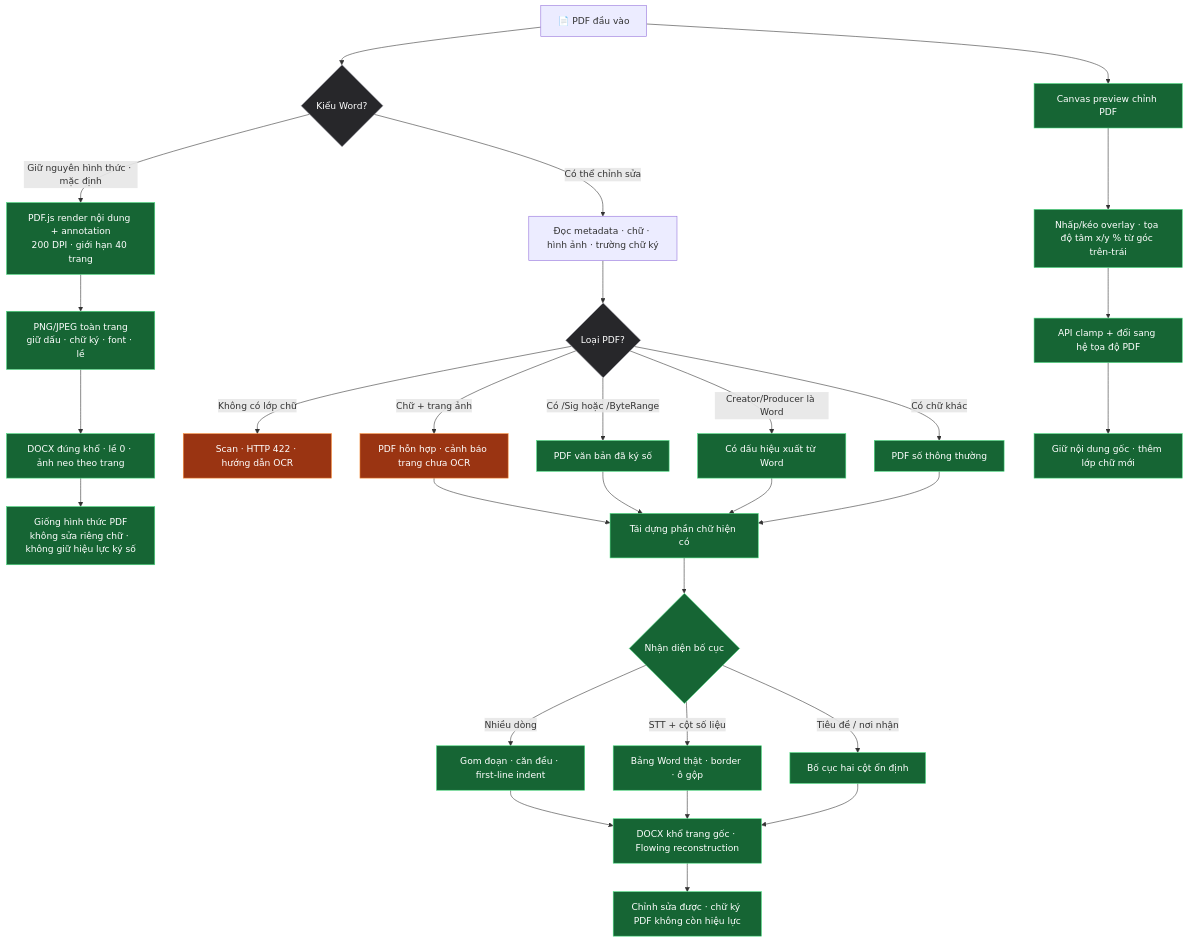
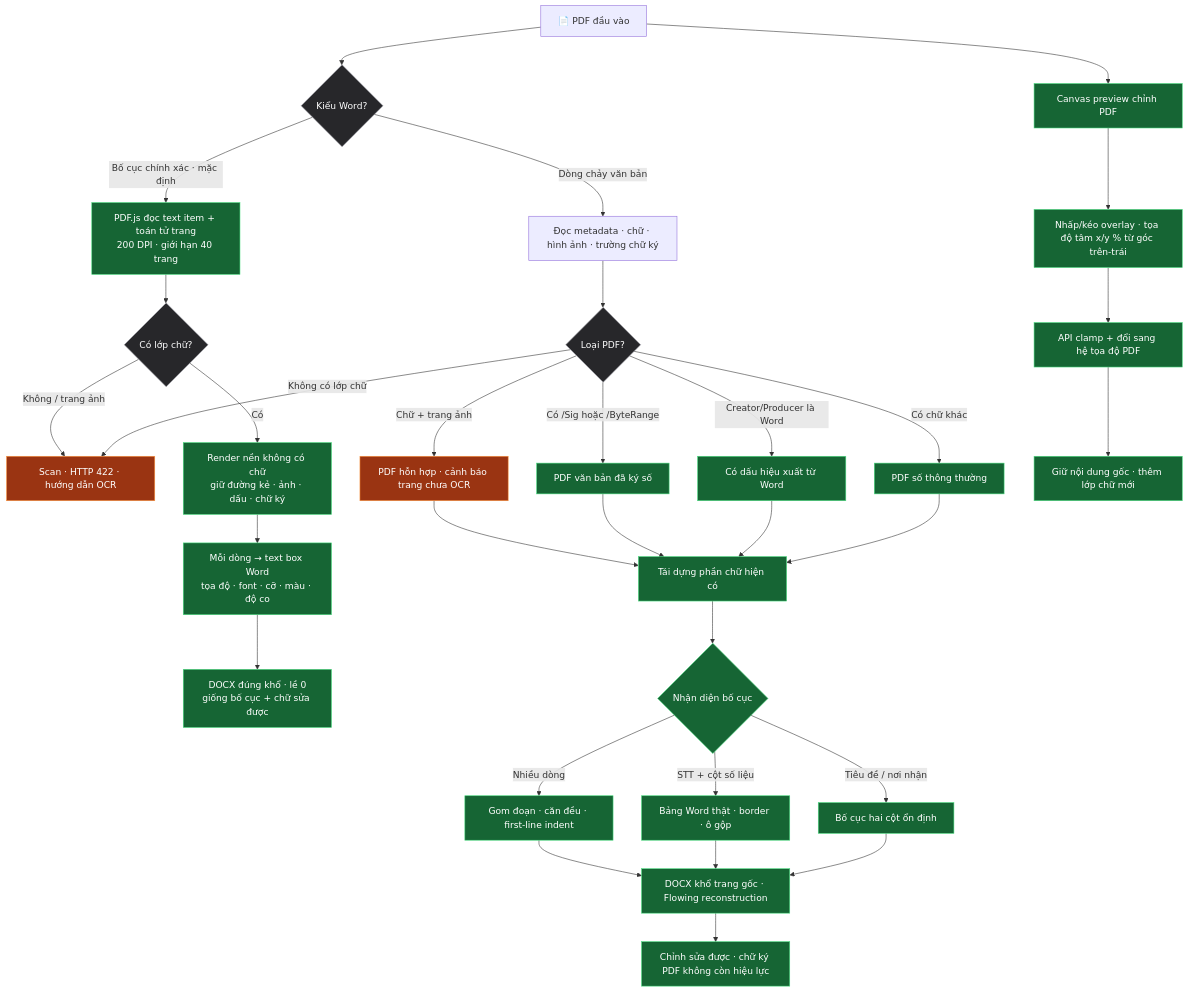
The fourth of 5 diagrams in DIAGRAMS.md (phamcongdanh98/Web-tool-ALL), drawn with Mermaid before and after one commit. The commit also changed 6 other files, not shown here.

Commit message:
Make PDF to Word exact mode editable with positioned text boxes

````diff
--- a/DIAGRAMS.md
+++ b/DIAGRAMS.md
@@ -101,39 +101,41 @@
 ```mermaid
 flowchart TD
     F["📄 PDF đầu vào"] --> Z{"Kiểu Word?"}
-    Z -->|"Giữ nguyên hình thức · mặc định"| E["PDF.js render nội dung + annotation<br/>200 DPI · giới hạn 40 trang"]
-    E --> I["PNG/JPEG toàn trang<br/>giữ dấu · chữ ký · font · lề"]
-    I --> J["DOCX đúng khổ · lề 0 · ảnh neo theo trang"]
-    J --> Y["Giống hình thức PDF<br/>không sửa riêng chữ · không giữ hiệu lực ký số"]
-    Z -->|"Có thể chỉnh sửa"| M["Đọc metadata · chữ · hình ảnh · trường chữ ký"]
+    Z -->|"Bố cục chính xác · mặc định"| E["PDF.js đọc text item + toán tử trang<br/>200 DPI · giới hạn 40 trang"]
+    E --> K0{"Có lớp chữ?"}
+    K0 -->|"Không / trang ảnh"| S["Scan · hướng dẫn OCR"]
+    K0 -->|"Có"| I["Render nền không có chữ<br/>giữ đường kẻ · ảnh · dấu · chữ ký"]
+    I --> J["Mỗi dòng → text box Word<br/>tọa độ · font · cỡ · màu · độ co"]
+    J --> Y["DOCX đúng khổ · lề 0<br/>giống bố cục + chữ sửa được"]
+    Z -->|"Dòng chảy văn bản"| M["Đọc metadata · chữ · hình ảnh · trường chữ ký"]
     M --> K{"Loại PDF?"}
     K -->|"Không có lớp chữ"| S["Scan · HTTP 422 · hướng dẫn OCR"]
     K -->|"Chữ + trang ảnh"| H["PDF hỗn hợp · cảnh báo trang chưa OCR"]
     K -->|"Có /Sig hoặc /ByteRange"| V["PDF văn bản đã ký số"]
     K -->|"Creator/Producer là Word"| W["Có dấu hiệu xuất từ Word"]
     K -->|"Có chữ khác"| D["PDF số thông thường"]
     H --> R["Tái dựng phần chữ hiện có"]
     V --> R
     W --> R
     D --> R
     R --> T{"Nhận diện bố cục"}
     T -->|"Nhiều dòng"| B["Gom đoạn · căn đều · first-line indent"]
     T -->|"STT + cột số liệu"| Q["Bảng Word thật · border · ô gộp"]
     T -->|"Tiêu đề / nơi nhận"| X["Bố cục hai cột ổn định"]
     B --> O["DOCX khổ trang gốc · Flowing reconstruction"]
     Q --> O
     X --> O
     O --> C["Chỉnh sửa được · chữ ký PDF không còn hiệu lực"]
 
     F --> P["Canvas preview chỉnh PDF"]
     P --> G["Nhấp/kéo overlay · tọa độ tâm x/y % từ góc trên-trái"]
     G --> A["API clamp + đổi sang hệ tọa độ PDF"]
     A --> L["Giữ nội dung gốc · thêm lớp chữ mới"]
 
     classDef decision fill:#27272a,stroke:#a1a1aa,color:#fff;
     classDef warn fill:#9a3412,stroke:#fb923c,color:#fff;
     classDef ok fill:#166534,stroke:#4ade80,color:#fff;
-    class Z,K decision;
+    class Z,K0,K decision;
     class S,H warn;
     class E,I,J,Y,V,W,D,R,T,B,Q,X,O,C,P,G,A,L ok;
 ```
````
